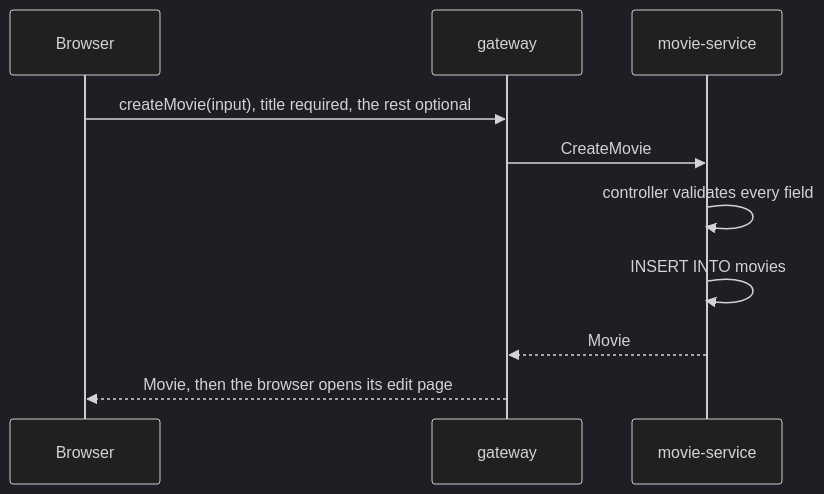
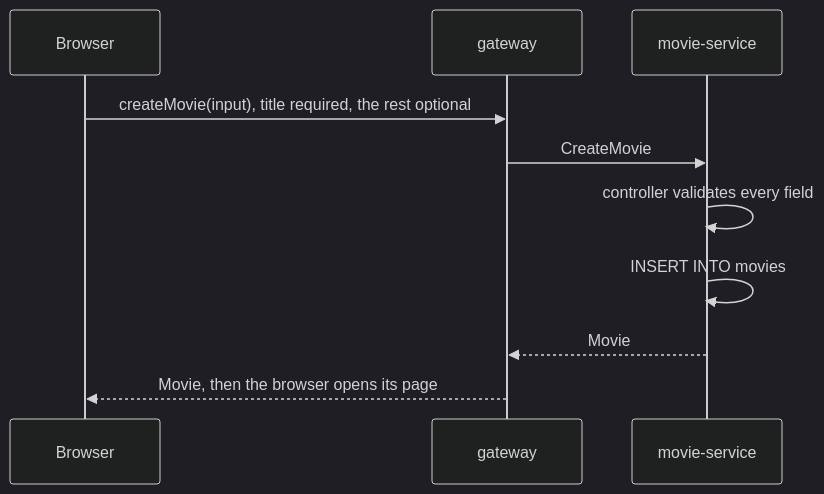
One commit to dancepop/svelte-kotlin-try changed the second of 6 diagrams in docs/backend-design.md. Above: the diagram before and after it, drawn with Mermaid (dark theme). The commit also changed other lines of this file and 48 other files, not shown here.

````diff
--- a/docs/backend-design.md
+++ b/docs/backend-design.md
@@ -121,12 +121,12 @@
 ```mermaid
 sequenceDiagram
   participant B as Browser
   participant G as gateway
   participant V as movie-service
   B->>G: createMovie(input), title required, the rest optional
   G->>V: CreateMovie
   V->>V: controller validates every field
   V->>V: INSERT INTO movies
   V-->>G: Movie
-  G-->>B: Movie, then the browser opens its edit page
+  G-->>B: Movie, then the browser opens its page
 ```
````
